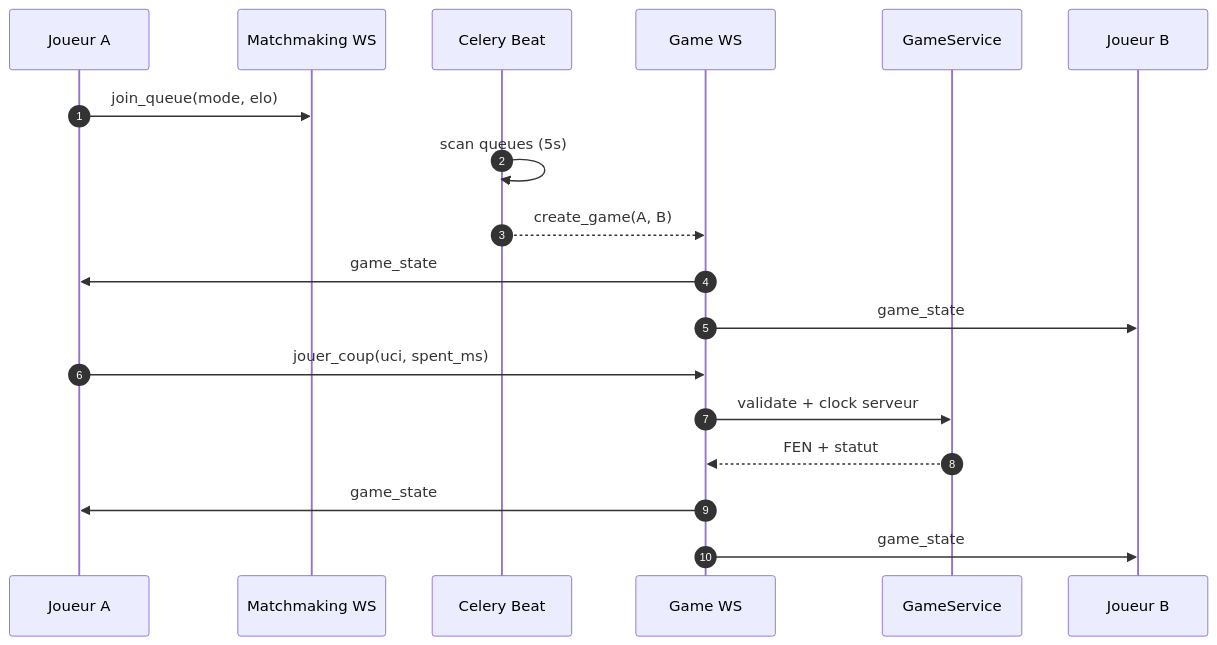
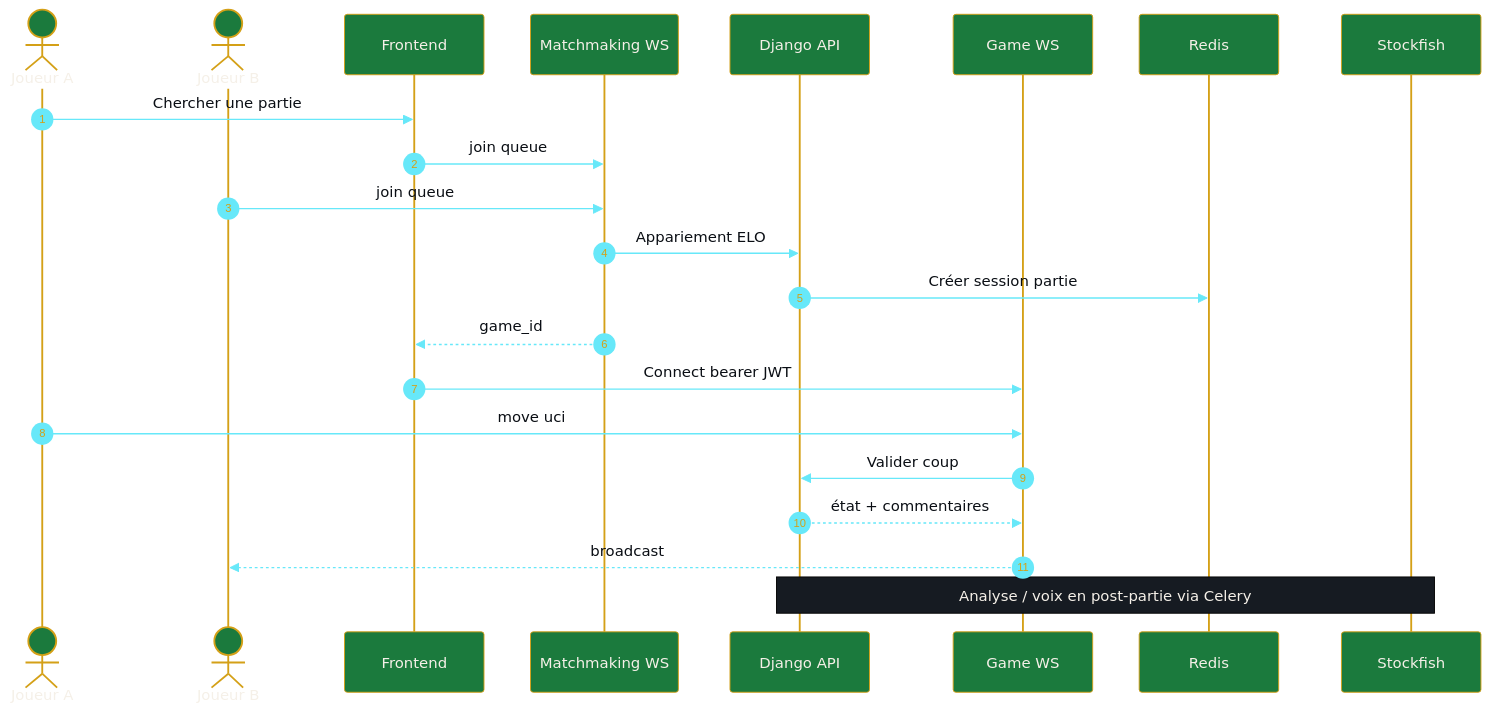
Before and after one commit to MaximeKELI/AFRICHESS: the fifth of 15 diagrams in README.md, drawn with Mermaid. The commit also changed other lines of this file, not shown here.

````diff
--- a/README.md
+++ b/README.md
@@ -611,21 +366,41 @@
 ```mermaid
+%%{init: {
+  "theme": "base",
+  "themeVariables": {
+    "actorBkg": "#1B7A3D",
+    "actorBorder": "#D4A017",
+    "actorTextColor": "#F5F0E8",
+    "signalColor": "#67E8F9",
+    "signalTextColor": "#0A0E14",
+    "labelBoxBkgColor": "#121820",
+    "labelTextColor": "#F5F0E8",
+    "noteBkgColor": "#161B22",
+    "noteTextColor": "#F5F0E8",
+    "activationBkgColor": "#1B7A3D",
+    "sequenceNumberColor": "#D4A017"
+  }
+}}%%
 sequenceDiagram
-    autonumber
-    participant A as Joueur A
-    participant MM as Matchmaking WS
-    participant C as Celery Beat
-    participant G as Game WS
-    participant S as GameService
-    participant B as Joueur B
+  autonumber
+  actor J1 as Joueur A
+  actor J2 as Joueur B
+  participant FE as Frontend
+  participant MM as Matchmaking WS
+  participant API as Django API
+  participant GWS as Game WS
+  participant RD as Redis
+  participant SF as Stockfish
 
-    A->>MM: join_queue(mode, elo)
-    C->>C: scan queues (5s)
-    C-->>G: create_game(A, B)
-    G->>A: game_state
-    G->>B: game_state
-    A->>G: jouer_coup(uci, spent_ms)
-    G->>S: validate + clock serveur
-    S-->>G: FEN + statut
-    G->>A: game_state
-    G->>B: game_state
+  J1->>FE: Chercher une partie
+  FE->>MM: join queue
+  J2->>MM: join queue
+  MM->>API: Appariement ELO
+  API->>RD: Créer session partie
+  MM-->>FE: game_id
+  FE->>GWS: Connect bearer JWT
+  J1->>GWS: move uci
+  GWS->>API: Valider coup
+  API-->>GWS: état + commentaires
+  GWS-->>J2: broadcast
+  Note over API,SF: Analyse / voix en post-partie via Celery
 ```
````
